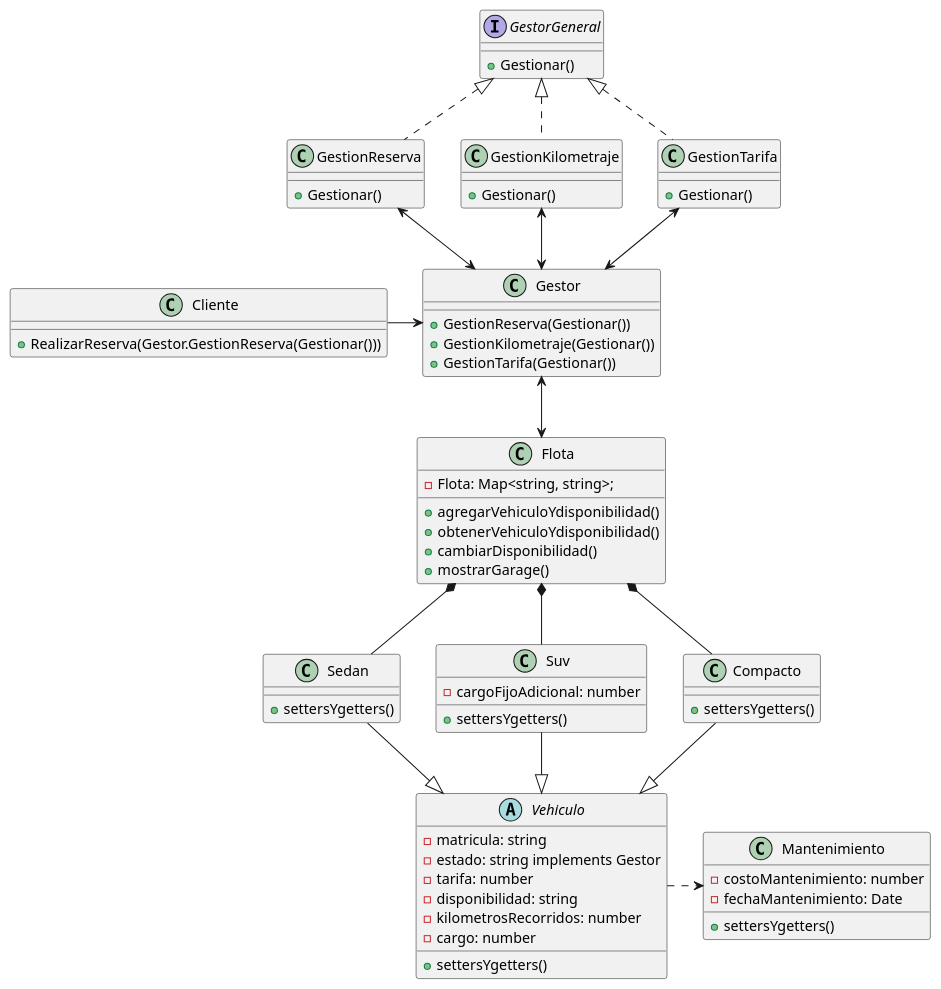
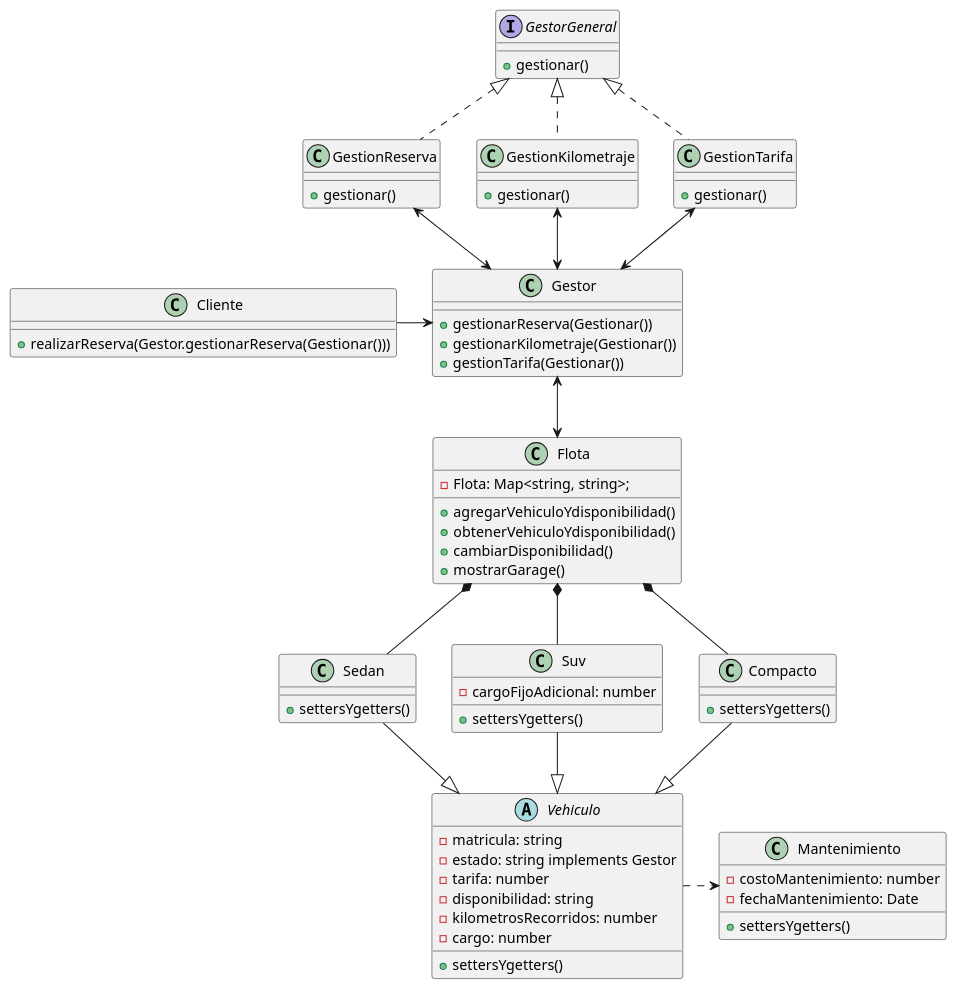
Before and after one commit to antonellaBelenVidela/Programacion2Grupo7: the diagram in diagramaFlotaVehiculos.puml, drawn with PlantUML.

Commit message:
Ajuste de nomenclatura

```diff
--- a/diagramaFlotaVehiculos.puml
+++ b/diagramaFlotaVehiculos.puml
@@ -1,108 +1,108 @@
 @startuml DriveHub
  
 'Preguntas:
 
 'Flota Pulpo derivador de Tareas' NO
 'Interfaz Gestor de tarifas' Quizas
 'Biblioteca Moment JS para calculos de fecha' Con Date se puede
 
 
 'Relaciones Flota'
 Flota *-- Sedan
 Flota *-- Suv
 Flota *-- Compacto
 
 'Relaciones Herencia'
 Sedan --|> Vehiculo
 Suv --|> Vehiculo
 Compacto --|> Vehiculo
 
 'Relaciones Generales'
 GestionReserva .u.|> GestorGeneral
 GestionKilometraje .u.|> GestorGeneral
 GestionTarifa .u.|> GestorGeneral
 GestionReserva <--> Gestor
 GestionKilometraje <--> Gestor
 GestionTarifa <--> Gestor
 
 'Dependencias'
 Vehiculo .r.> Mantenimiento
 
 'Asociaciones'
 Flota <-u-> Gestor
 Cliente -r-> Gestor
 
 
 
 
 'Clases'
 
 class Cliente{
-    + RealizarReserva(Gestor.GestionReserva(Gestionar()))
+    + realizarReserva(Gestor.gestionarReserva(Gestionar()))
 }
 
 class Gestor{
-    + GestionReserva(Gestionar())
-    + GestionKilometraje(Gestionar())
-    + GestionTarifa(Gestionar())
+    + gestionarReserva(Gestionar())
+    + gestionarKilometraje(Gestionar())
+    + gestionTarifa(Gestionar())
 }
 
 class Flota{
     'La key es la categoría(Suv, Sedan, Compacto)
     'El valor es su disponibilidad(Está disponible o no para el Cliente)'
     - Flota: Map<string, string>;
     + agregarVehiculoYdisponibilidad()
     + obtenerVehiculoYdisponibilidad()
     + cambiarDisponibilidad()
     + mostrarGarage()
 }
 
 abstract class Vehiculo{
     - matricula: string
     - estado: string implements Gestor
     - tarifa: number
     - disponibilidad: string
     - kilometrosRecorridos: number
     - cargo: number
  
     + settersYgetters()
 }
 
 class Compacto{
     + settersYgetters()
 }
 
 class Sedan{
     + settersYgetters()
 }
 
 class Suv{
     - cargoFijoAdicional: number
     + settersYgetters()
 }
 
 class Mantenimiento{
     - costoMantenimiento: number
     - fechaMantenimiento: Date
 
     + settersYgetters()
 }
 
 class GestionReserva{
-    + Gestionar()
+    + gestionar()
 }
 
 class GestionKilometraje{
-    + Gestionar()
+    + gestionar()
 }
 
 class GestionTarifa{
-    + Gestionar()
+    + gestionar()
 }
 
 'Interfaces'
 interface GestorGeneral{
-    + Gestionar()
+    + gestionar()
 } 
 
 @enduml
```
